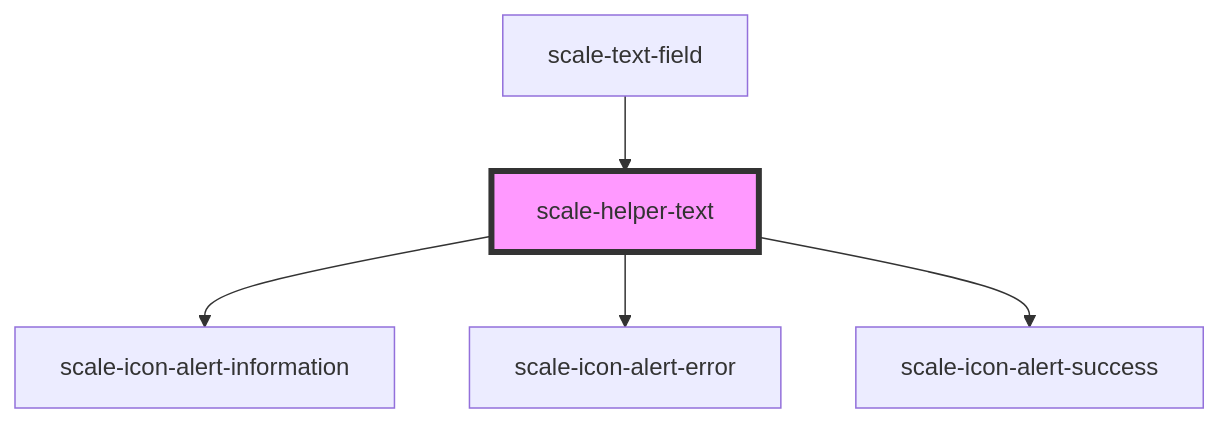
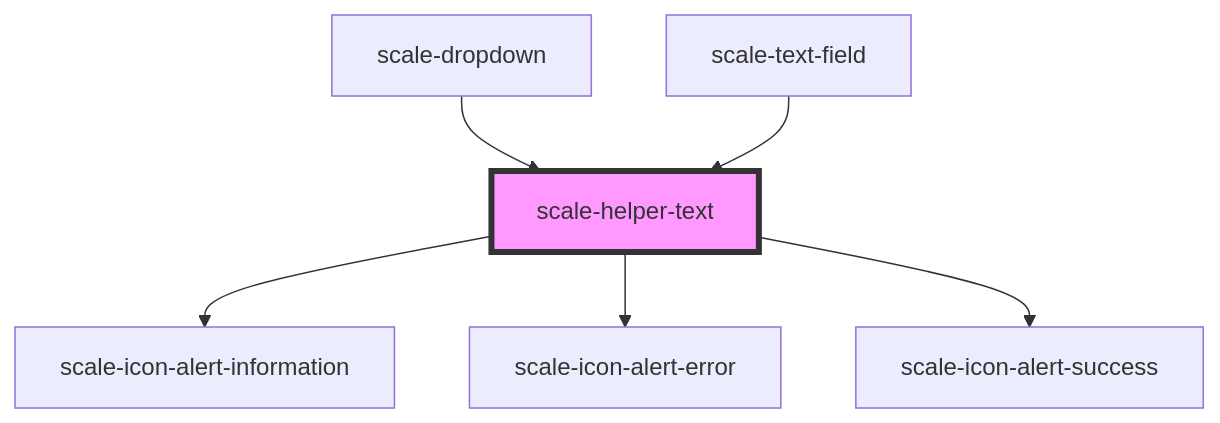
The diagram in packages/components/src/components/helper-text/readme.md (telekom/scale), drawn with Mermaid before and after one commit. The commit also changed other lines of this file and 12 other files, not shown here.

Commit message:
refactor(dropdown): including helper-text helper component

````diff
--- a/packages/components/src/components/helper-text/readme.md
+++ b/packages/components/src/components/helper-text/readme.md
@@ -46,8 +47,9 @@
 ```mermaid
 graph TD;
   scale-helper-text --> scale-icon-alert-information
   scale-helper-text --> scale-icon-alert-error
   scale-helper-text --> scale-icon-alert-success
+  scale-dropdown --> scale-helper-text
   scale-text-field --> scale-helper-text
   style scale-helper-text fill:#f9f,stroke:#333,stroke-width:4px
 ```
````
